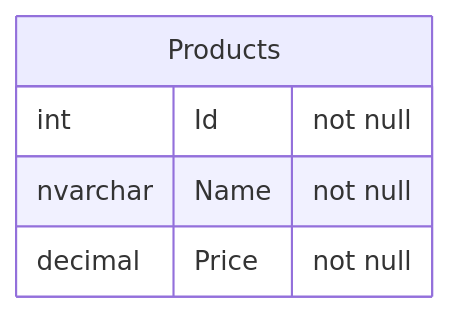
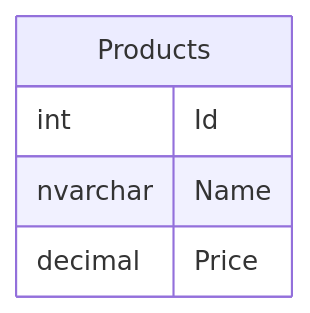
One commit to SimonCropp/DbToMermaid changed the diagram in src/SqlServerToMermaidTool.Tests/IntegrationTests.SqlFile_ToMarkdown.verified.md. Above: the diagram before and after it, drawn with Mermaid. The commit also changed 12 other files, not shown here.

````diff
--- a/src/SqlServerToMermaidTool.Tests/IntegrationTests.SqlFile_ToMarkdown.verified.md
+++ b/src/SqlServerToMermaidTool.Tests/IntegrationTests.SqlFile_ToMarkdown.verified.md
@@ -1,8 +1,8 @@
 ```mermaid
 erDiagram
   Products {
-    int Id "not null"
-    nvarchar Name "not null"
-    decimal Price "not null"
+    int Id
+    nvarchar Name
+    decimal Price
   }
 ```
````
